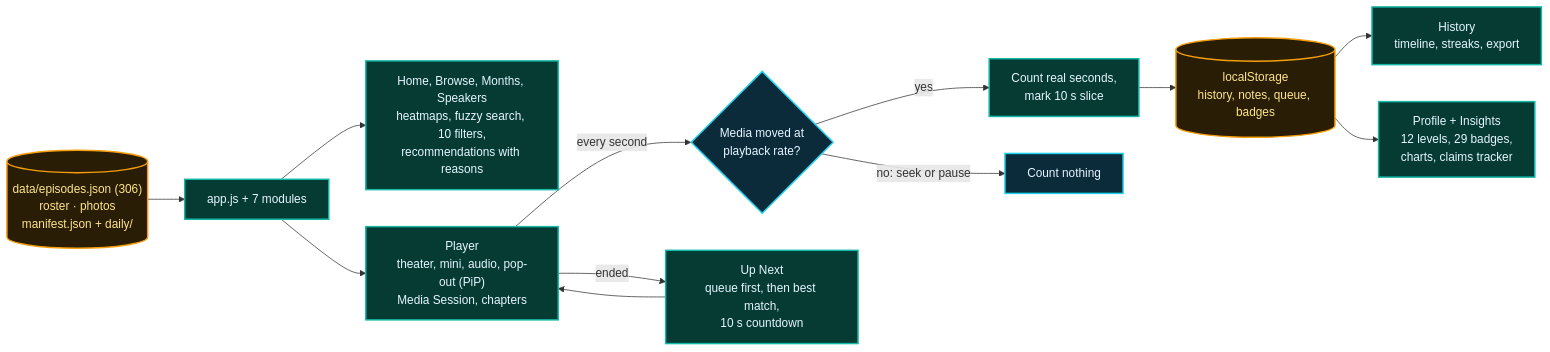
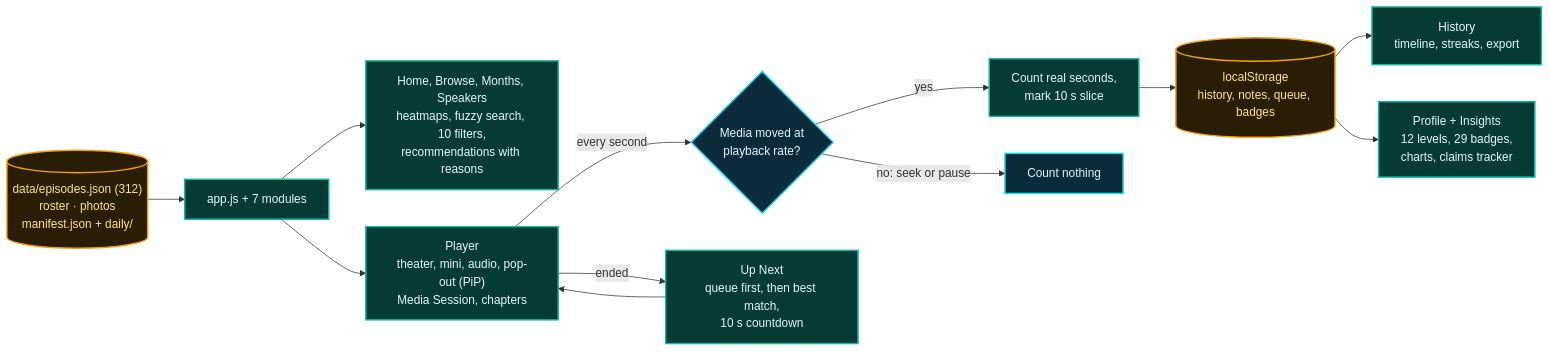
Before and after one commit to lo3elyon/ASI: the eighth of 12 diagrams in README.md, drawn with Mermaid. The commit also changed other lines of this file, not shown here.

Commit message:
ASI hub: AI Safety Full Episodes now 312 episodes, Just added row (README.md)

````diff
--- a/README.md
+++ b/README.md
@@ -556,20 +556,20 @@
 ```mermaid
 flowchart LR
-    D[("data/episodes.json (306)<br/>roster · photos<br/>manifest.json + daily/")] --> APP["app.js + 7 modules"]
+    D[("data/episodes.json (312)<br/>roster · photos<br/>manifest.json + daily/")] --> APP["app.js + 7 modules"]
     APP --> LIB["Home, Browse, Months, Speakers<br/>heatmaps, fuzzy search, 10 filters,<br/>recommendations with reasons"]
     APP --> PLY["Player<br/>theater, mini, audio, pop-out (PiP)<br/>Media Session, chapters"]
     PLY -->|"every second"| CLK{"Media moved at<br/>playback rate?"}
     CLK -->|"yes"| W["Count real seconds,<br/>mark 10 s slice"]
     CLK -->|"no: seek or pause"| X["Count nothing"]
     W --> LS[("localStorage<br/>history, notes, queue, badges")]
     LS --> HIS["History<br/>timeline, streaks, export"]
     LS --> PRO["Profile + Insights<br/>12 levels, 29 badges,<br/>charts, claims tracker"]
     PLY -->|"ended"| UP["Up Next<br/>queue first, then best match,<br/>10 s countdown"]
     UP --> PLY
     classDef d fill:#2a1d05,stroke:#f59e0b,stroke-width:2px,color:#fde68a
     classDef a fill:#063b33,stroke:#14b8a6,stroke-width:2px,color:#e6f6ff
     classDef q fill:#0b2a3a,stroke:#22d3ee,stroke-width:2px,color:#e6f6ff
     class D,LS d
     class APP,LIB,PLY,W,HIS,PRO,UP a
     class CLK,X q
 ```
````
